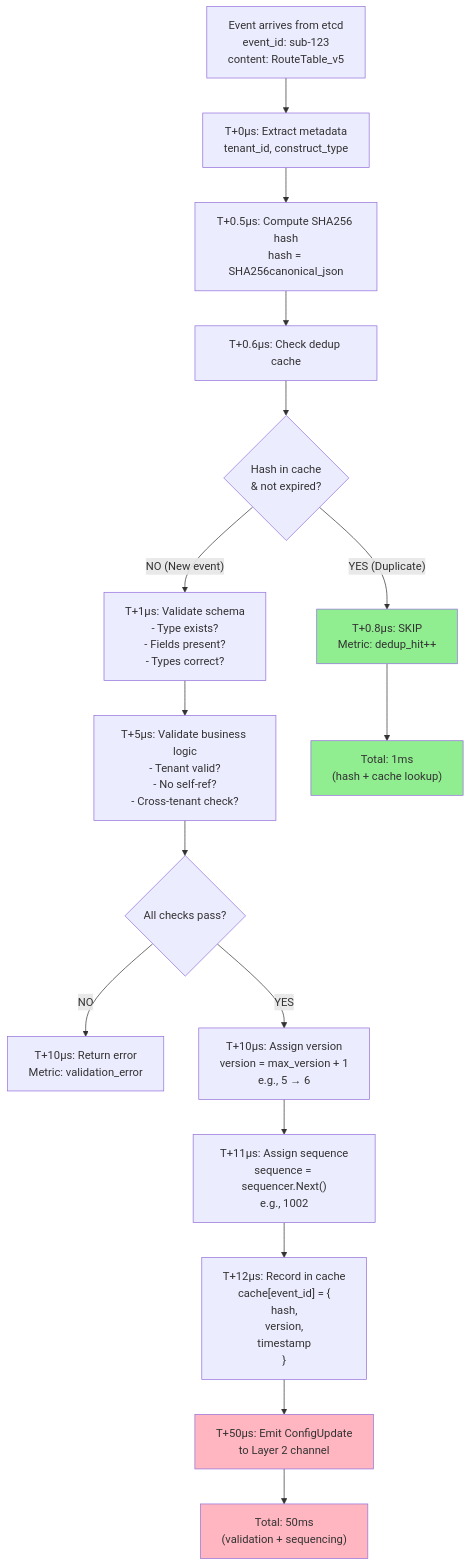
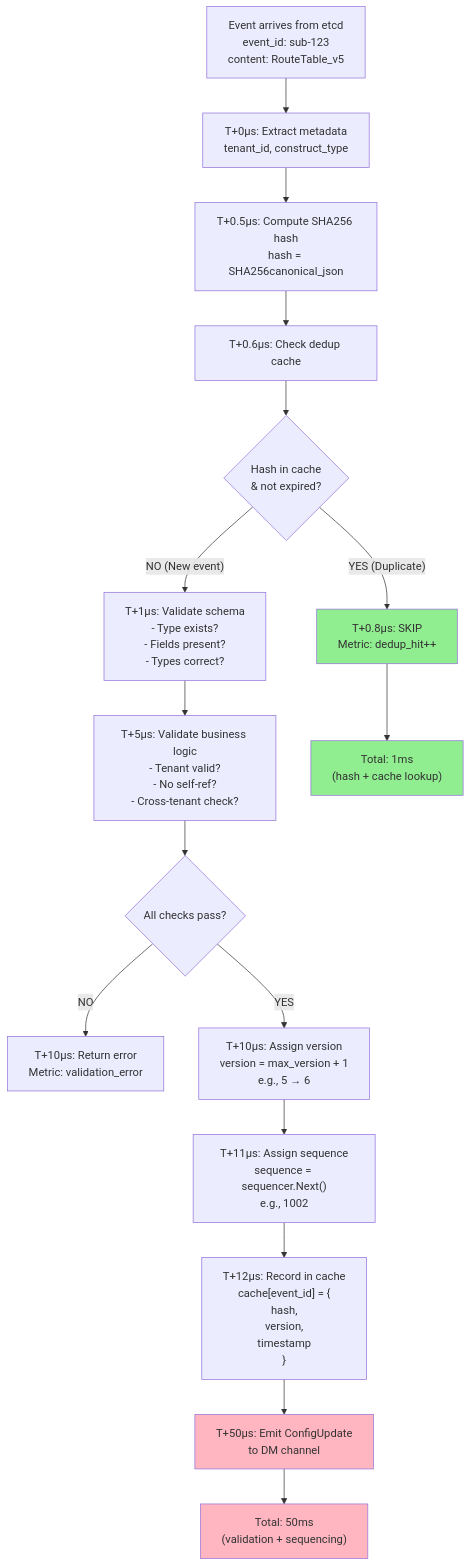
One commit to rashmirrout/DashFabric changed the sixth of 14 diagrams in docs/FM-Designs/FM_DESIGN_LAYER1_CONFIG_PLANE_SUPER_ENHANCED.md. Above: the diagram before and after it, drawn with Mermaid. The commit also changed other lines of this file and 32 other files, not shown here.

````diff
--- a/docs/FM-Designs/FM_DESIGN_LAYER1_CONFIG_PLANE_SUPER_ENHANCED.md
+++ b/docs/FM-Designs/FM_DESIGN_LAYER1_CONFIG_PLANE_SUPER_ENHANCED.md
@@ -333,36 +333,36 @@
 ```mermaid
 graph TD
     A["Event arrives from etcd<br/>event_id: sub-123<br/>content: RouteTable_v5"] 
     --> B["T+0μs: Extract metadata<br/>tenant_id, construct_type"]
     
     B --> C["T+0.5μs: Compute SHA256 hash<br/>hash = SHA256canonical_json"] 
     --> D["T+0.6μs: Check dedup cache"]
     
     D --> E{"Hash in cache<br/>& not expired?"}
     
     E -->|"YES (Duplicate)"| F["T+0.8μs: SKIP<br/>Metric: dedup_hit++"]
     
     E -->|"NO (New event)"| G["T+1μs: Validate schema<br/>- Type exists?<br/>- Fields present?<br/>- Types correct?"]
     
     G --> H["T+5μs: Validate business logic<br/>- Tenant valid?<br/>- No self-ref?<br/>- Cross-tenant check?"]
     
     H --> I{"All checks pass?"}
     
     I -->|"NO"| J["T+10μs: Return error<br/>Metric: validation_error"]
     
     I -->|"YES"| K["T+10μs: Assign version<br/>version = max_version + 1<br/>e.g., 5 → 6"]
     
     K --> L["T+11μs: Assign sequence<br/>sequence = sequencer.Next()<br/>e.g., 1002"]
     
     L --> M["T+12μs: Record in cache<br/>cache[event_id] = {<br/>  hash,<br/>  version,<br/>  timestamp<br/>}"]
     
-    M --> N["T+50μs: Emit ConfigUpdate<br/>to Layer 2 channel"]
+    M --> N["T+50μs: Emit ConfigUpdate<br/>to DM channel"]
     
     F --> O["Total: 1ms<br/>(hash + cache lookup)"]
     N --> P["Total: 50ms<br/>(validation + sequencing)"]
     
     style F fill:#90EE90
     style O fill:#90EE90
     style N fill:#FFB6C1
     style P fill:#FFB6C1
 ```
````
